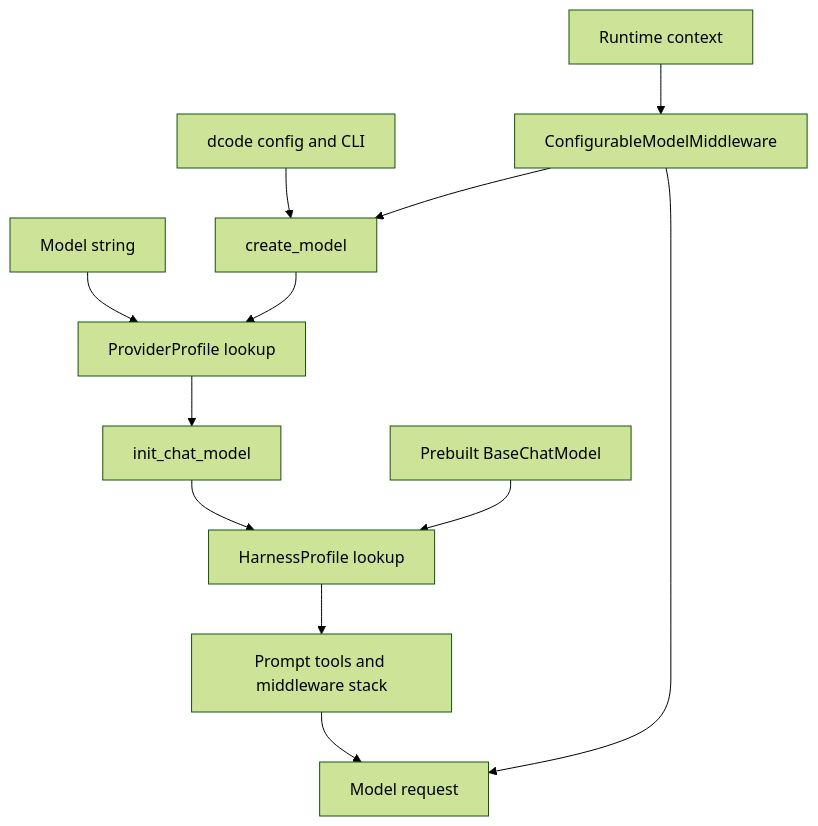
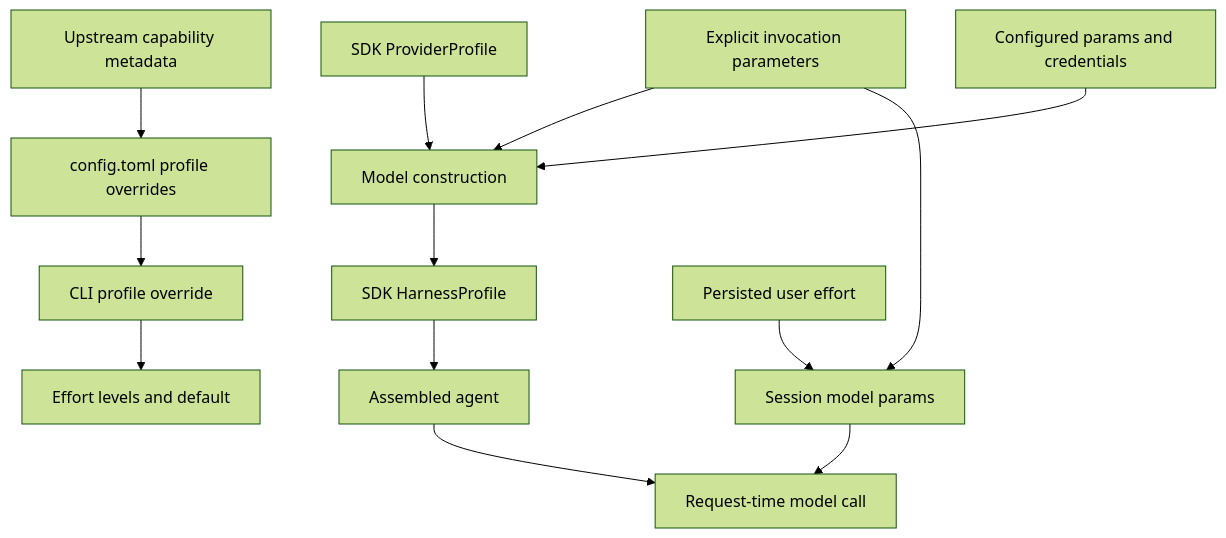
The first of 3 diagrams in openwiki/concepts/profiles-models.md (langchain-ai/deepagents), drawn with Mermaid (forest theme) before and after one commit. The commit also changed other lines of this file and 39 other files, not shown here.

````diff
--- a/openwiki/concepts/profiles-models.md
+++ b/openwiki/concepts/profiles-models.md
@@ -58,14 +48,15 @@
 ```mermaid
 flowchart TD
-    Spec["Model string"] --> Provider["ProviderProfile lookup"]
-    Provider --> Build["init_chat_model"]
-    Instance["Prebuilt BaseChatModel"] --> Harness
-    Build --> Harness["HarnessProfile lookup"]
-    Harness --> Agent["Prompt tools and middleware stack"]
-    Dcode["dcode config and CLI"] --> Create["create_model"]
-    Create --> Provider
-    Context["Runtime context"] --> Switch["ConfigurableModelMiddleware"]
-    Switch --> Create
-    Switch --> Request["Model request"]
+    Cap["Upstream capability metadata"] --> CapConfig["config.toml profile overrides"]
+    CapConfig --> CapCli["CLI profile override"]
+    CapCli --> Effort["Effort levels and default"]
+    Provider["SDK ProviderProfile"] --> Construct["Model construction"]
+    Config["Configured params and credentials"] --> Construct
+    Invoke["Explicit invocation parameters"] --> Construct
+    Construct --> Harness["SDK HarnessProfile"]
+    Harness --> Agent["Assembled agent"]
+    Saved["Persisted user effort"] --> Session["Session model params"]
+    Invoke --> Session
+    Session --> Request["Request-time model call"]
     Agent --> Request
 ```
````
